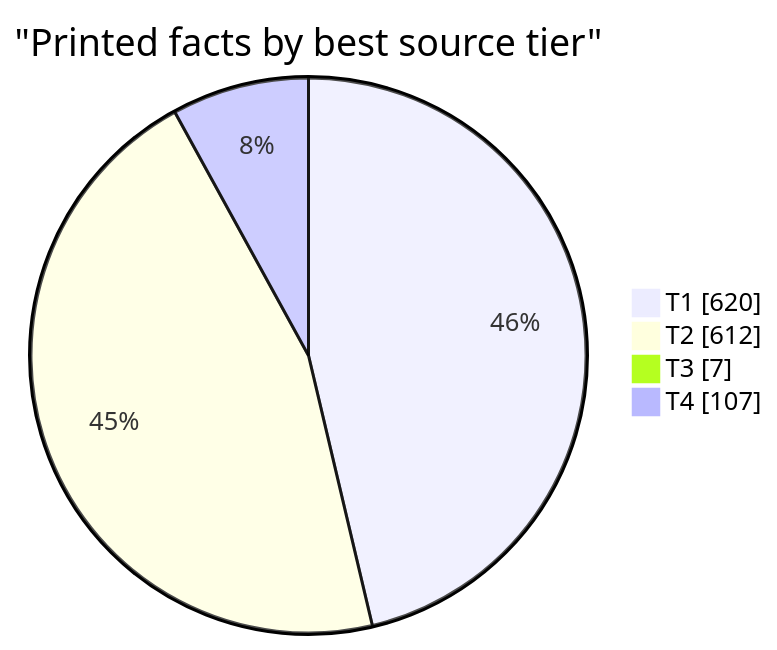
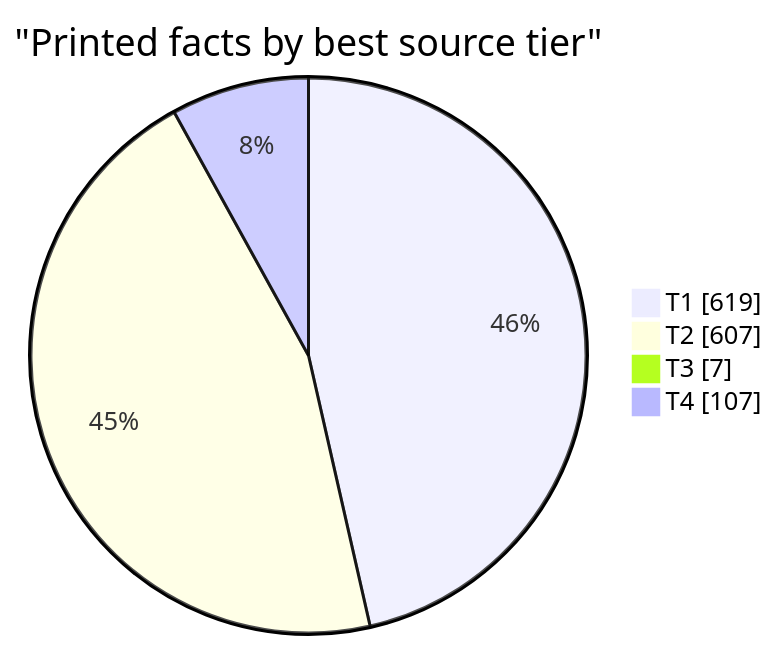
One commit to EU27-data-sovereignty/eu27-data-sovereignty changed the second of 5 diagrams in docs/evidence.md. Above: the diagram before and after it, drawn with Mermaid. The commit also changed other lines of this file and 48 other files, not shown here.

````diff
--- a/docs/evidence.md
+++ b/docs/evidence.md
@@ -36,8 +36,8 @@
 ```mermaid
 pie showData
   title "Printed facts by best source tier"
-  "T1" : 620
-  "T2" : 612
+  "T1" : 619
+  "T2" : 607
   "T3" : 7
   "T4" : 107
 ```
````
